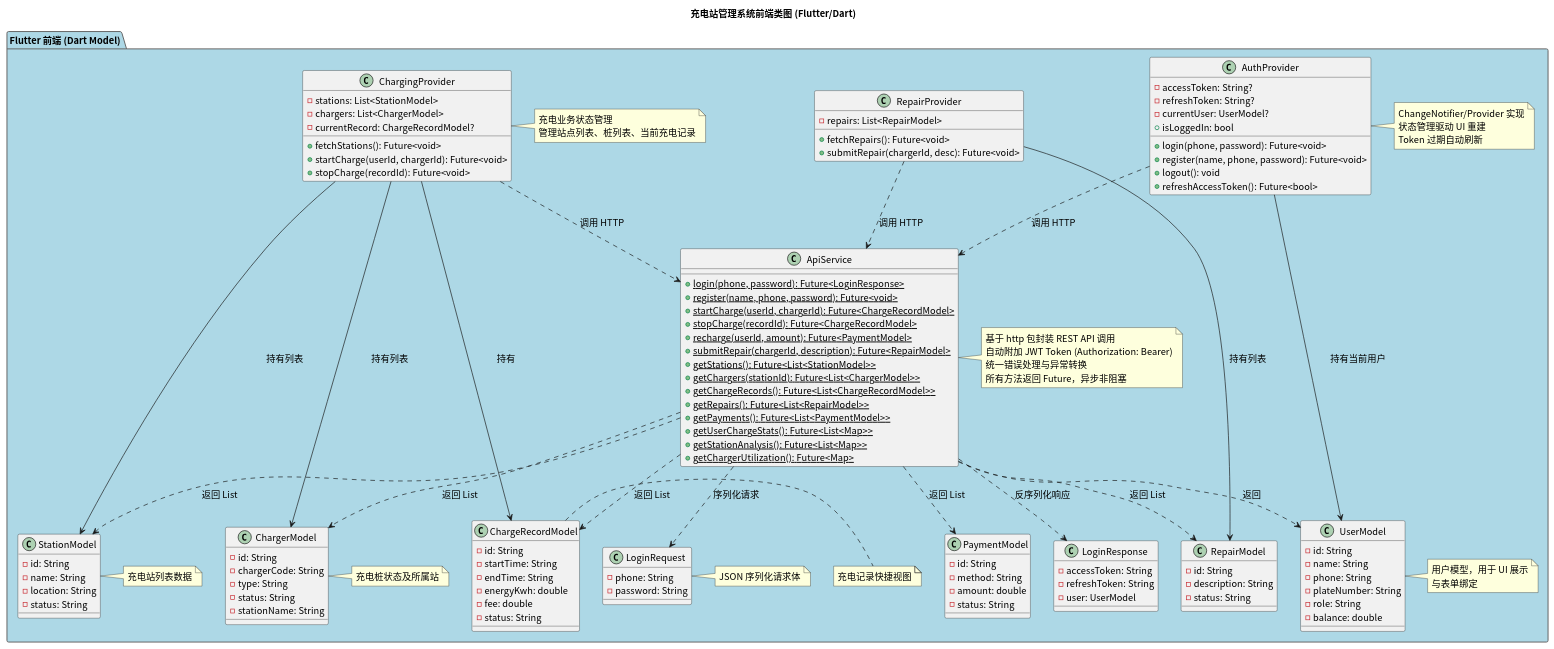
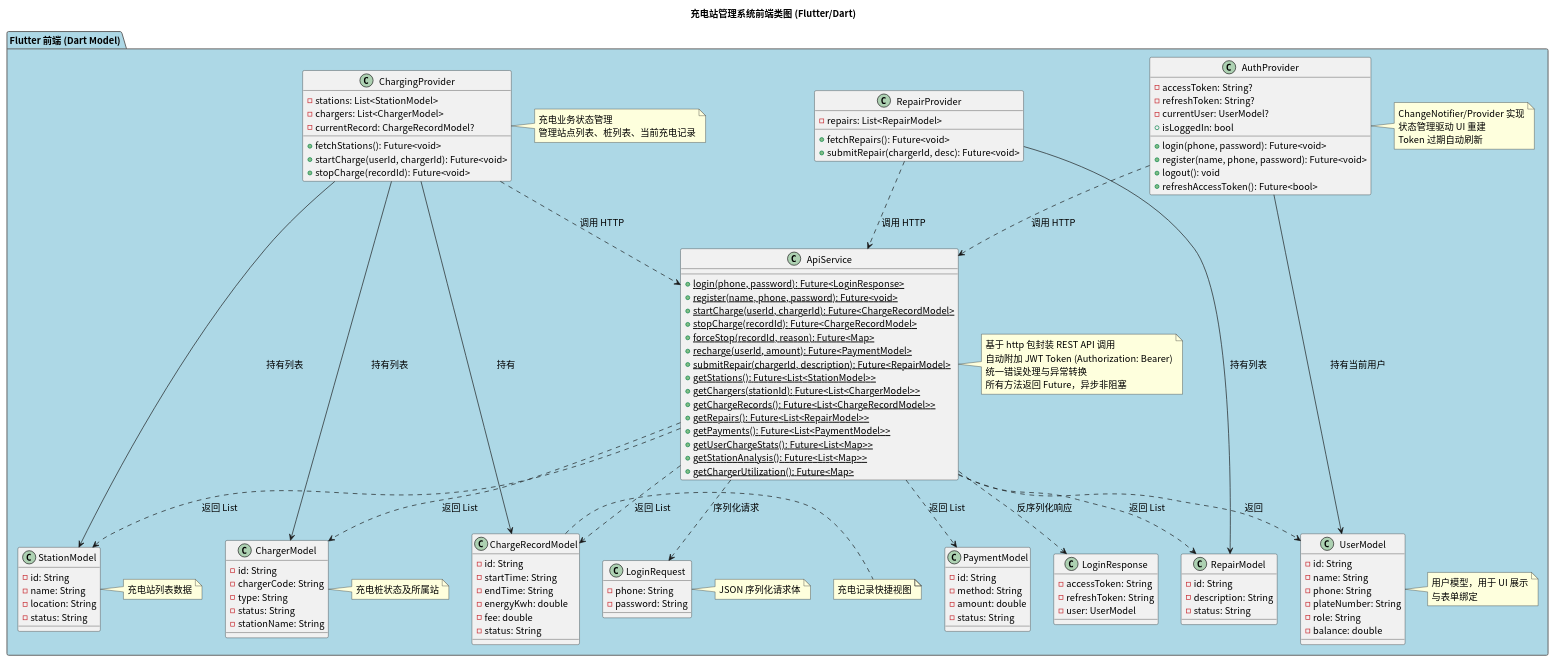
The diagram in class/src/frontend_class_diagram.puml (greenhandzdl/charging-station-doc), drawn with PlantUML before and after one commit. The commit also changed 18 other files, not shown here.

First line of the commit message:
fix: 架构与安全评估修复 — 类图 Service 层补全实现类、新增强制结束充电时序图、移除未使用的 version 字段

```diff
--- a/class/src/frontend_class_diagram.puml
+++ b/class/src/frontend_class_diagram.puml
@@ -1,140 +1,141 @@
 @startuml
 skinparam defaultFontName "Noto Sans CJK SC"
 skinparam defaultFontSize 14
 title 充电站管理系统前端类图 (Flutter/Dart)
 skinparam package {
   BackgroundColor #F0F0F0
   BorderColor #666666
 }
 
 package "Flutter 前端 (Dart Model)" as FE #ADD8E6 {
 
   class "UserModel" as FUser {
     - id: String
     - name: String
     - phone: String
     - plateNumber: String
     - role: String
     - balance: double
   }
   note right of FUser : 用户模型，用于 UI 展示\n与表单绑定
 
   class "StationModel" as FStation {
     - id: String
     - name: String
     - location: String
     - status: String
   }
   note right of FStation : 充电站列表数据
 
   class "ChargerModel" as FCharger {
     - id: String
     - chargerCode: String
     - type: String
     - status: String
     - stationName: String
   }
   note right of FCharger : 充电桩状态及所属站
 
   class "ChargeRecordModel" as FCRecord {
     - id: String
     - startTime: String
     - endTime: String
     - energyKwh: double
     - fee: double
     - status: String
   }
   note right of FCRecord : 充电记录快捷视图
 
   class "PaymentModel" as FPayment {
     - id: String
     - method: String
     - amount: double
     - status: String
   }
 
   class "RepairModel" as FRepair {
     - id: String
     - description: String
     - status: String
   }
 
   class "LoginRequest" as LoginReq {
     - phone: String
     - password: String
   }
   note right of LoginReq : JSON 序列化请求体
 
   class "LoginResponse" as LoginResp {
     - accessToken: String
     - refreshToken: String
     - user: UserModel
   }
 
   class "ApiService" as Api {
     + {static} login(phone, password): Future<LoginResponse>
     + {static} register(name, phone, password): Future<void>
     + {static} startCharge(userId, chargerId): Future<ChargeRecordModel>
     + {static} stopCharge(recordId): Future<ChargeRecordModel>
+    + {static} forceStop(recordId, reason): Future<Map>
     + {static} recharge(userId, amount): Future<PaymentModel>
     + {static} submitRepair(chargerId, description): Future<RepairModel>
     + {static} getStations(): Future<List<StationModel>>
     + {static} getChargers(stationId): Future<List<ChargerModel>>
     + {static} getChargeRecords(): Future<List<ChargeRecordModel>>
     + {static} getRepairs(): Future<List<RepairModel>>
     + {static} getPayments(): Future<List<PaymentModel>>
     + {static} getUserChargeStats(): Future<List<Map>>
     + {static} getStationAnalysis(): Future<List<Map>>
     + {static} getChargerUtilization(): Future<Map>
   }
   note right of Api : 基于 http 包封装 REST API 调用\n自动附加 JWT Token (Authorization: Bearer)\n统一错误处理与异常转换\n所有方法返回 Future，异步非阻塞
 
   class "AuthProvider" as Auth {
     - accessToken: String?
     - refreshToken: String?
     - currentUser: UserModel?
     + login(phone, password): Future<void>
     + register(name, phone, password): Future<void>
     + logout(): void
     + refreshAccessToken(): Future<bool>
     + isLoggedIn: bool
   }
   note right of Auth : ChangeNotifier/Provider 实现\n状态管理驱动 UI 重建\nToken 过期自动刷新
 
   class "ChargingProvider" as CP {
     - stations: List<StationModel>
     - chargers: List<ChargerModel>
     - currentRecord: ChargeRecordModel?
     + fetchStations(): Future<void>
     + startCharge(userId, chargerId): Future<void>
     + stopCharge(recordId): Future<void>
   }
   note right of CP : 充电业务状态管理\n管理站点列表、桩列表、当前充电记录
 
   class "RepairProvider" as RP {
     - repairs: List<RepairModel>
     + fetchRepairs(): Future<void>
     + submitRepair(chargerId, desc): Future<void>
   }
 }
 
 ' ===== 关联关系 =====
 Api ..> LoginReq : 序列化请求
 Api ..> LoginResp : 反序列化响应
 Api ..> FStation : 返回 List
 Api ..> FCharger : 返回 List
 Api ..> FUser : 返回
 Api ..> FCRecord : 返回 List
 Api ..> FPayment : 返回 List
 Api ..> FRepair : 返回 List
 
 Auth --> FUser : 持有当前用户
 Auth ..> Api : 调用 HTTP
 CP ..> Api : 调用 HTTP
 CP --> FStation : 持有列表
 CP --> FCharger : 持有列表
 CP --> FCRecord : 持有
 RP ..> Api : 调用 HTTP
 RP --> FRepair : 持有列表
 
 @enduml
```
